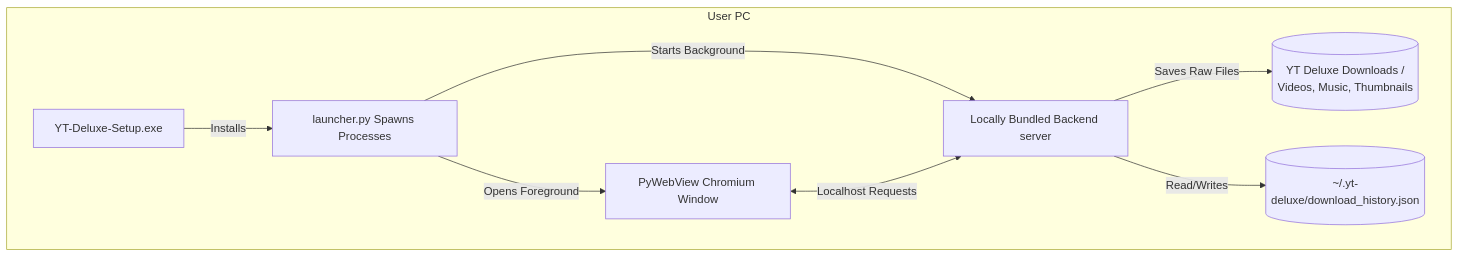
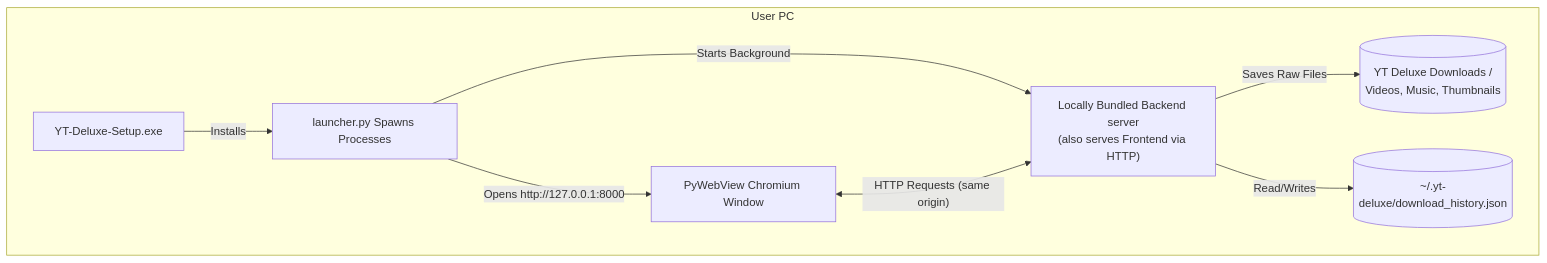
One commit to Utsavstack/YT-Deluxe changed the fourth of 4 diagrams in README.md. Above: the diagram before and after it, drawn with Mermaid. The commit also changed other lines of this file and 26 other files, not shown here.

````diff
--- a/README.md
+++ b/README.md
@@ -207,19 +207,19 @@
 ```mermaid
 flowchart TD
     subgraph User PC
         Exe[YT-Deluxe-Setup.exe]
         Launcher[launcher.py Spawns Processes]
         WebView[PyWebView Chromium Window]
-        API[Locally Bundled Backend server]
+        API["Locally Bundled Backend server\n(also serves Frontend via HTTP)"]
         
         Disk[(YT Deluxe Downloads / \n Videos, Music, Thumbnails)]
         Hist[(~/.yt-deluxe/download_history.json)]
     end
     
     Exe --> |Installs| Launcher
     Launcher --> |Starts Background| API
-    Launcher --> |Opens Foreground| WebView
-    WebView <--> |Localhost Requests| API
+    Launcher --> |"Opens http://127.0.0.1:8000"| WebView
+    WebView <--> |"HTTP Requests (same origin)"| API
     API -- Saves Raw Files --> Disk
     API -- Read/Writes --> Hist
 ```
````
